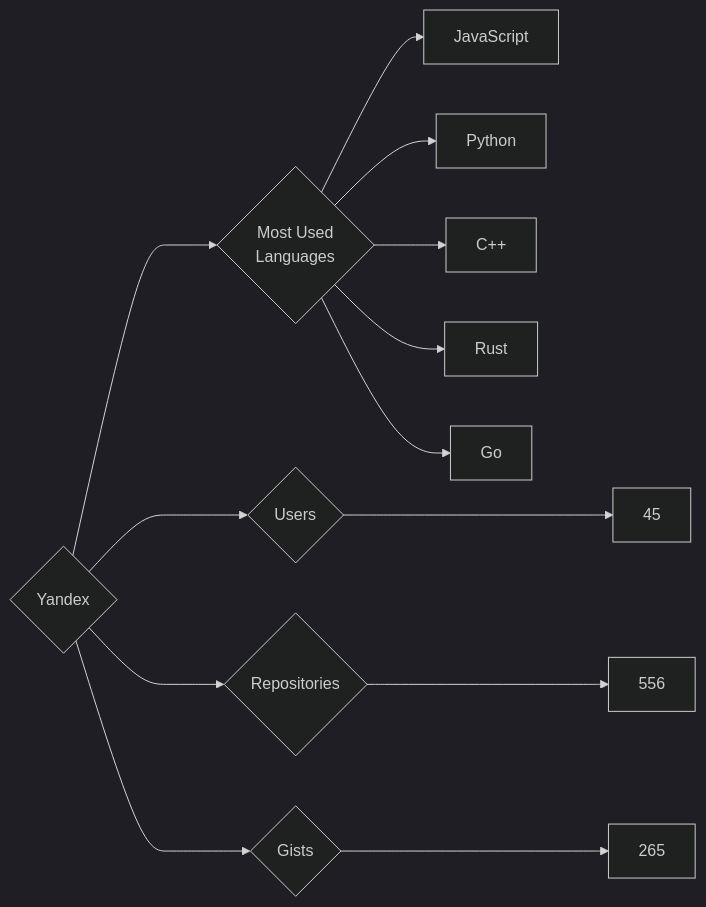
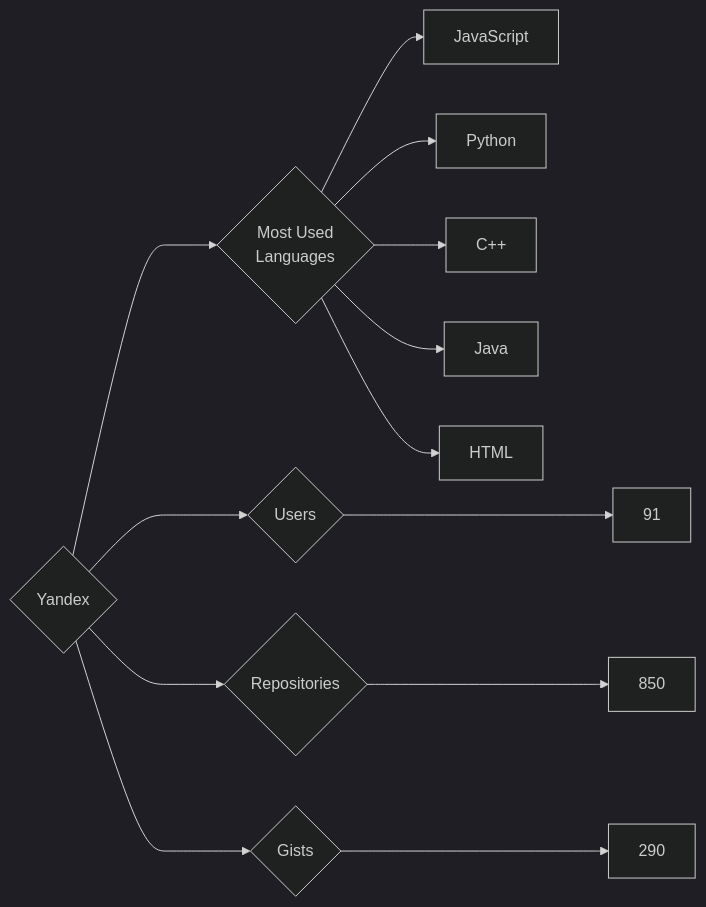
Before and after one commit to trickest/insiders: the diagram in targets/Yandex/README.md, drawn with Mermaid (dark theme). The commit also changed 534 other files, not shown here.

````diff
--- a/targets/Yandex/README.md
+++ b/targets/Yandex/README.md
@@ -3,13 +3,13 @@
 ```mermaid
 graph LR
 COMPANY_NAME{Yandex}
-COMPANY_NAME ---> U{Users} ---> UN[45]
-COMPANY_NAME ---> R{Repositories} ---> RN[556]
-COMPANY_NAME ---> G{Gists} ---> GN[265]
+COMPANY_NAME ---> U{Users} ---> UN[91]
+COMPANY_NAME ---> R{Repositories} ---> RN[850]
+COMPANY_NAME ---> G{Gists} ---> GN[290]
 COMPANY_NAME ---> ML{Most Used<br>Languages}
 ML --> JavaScript[JavaScript]
 ML --> Python[Python]
 ML --> C++[C++]
-ML --> Rust[Rust]
-ML --> Go[Go]
+ML --> Java[Java]
+ML --> HTML[HTML]
 ```
````
